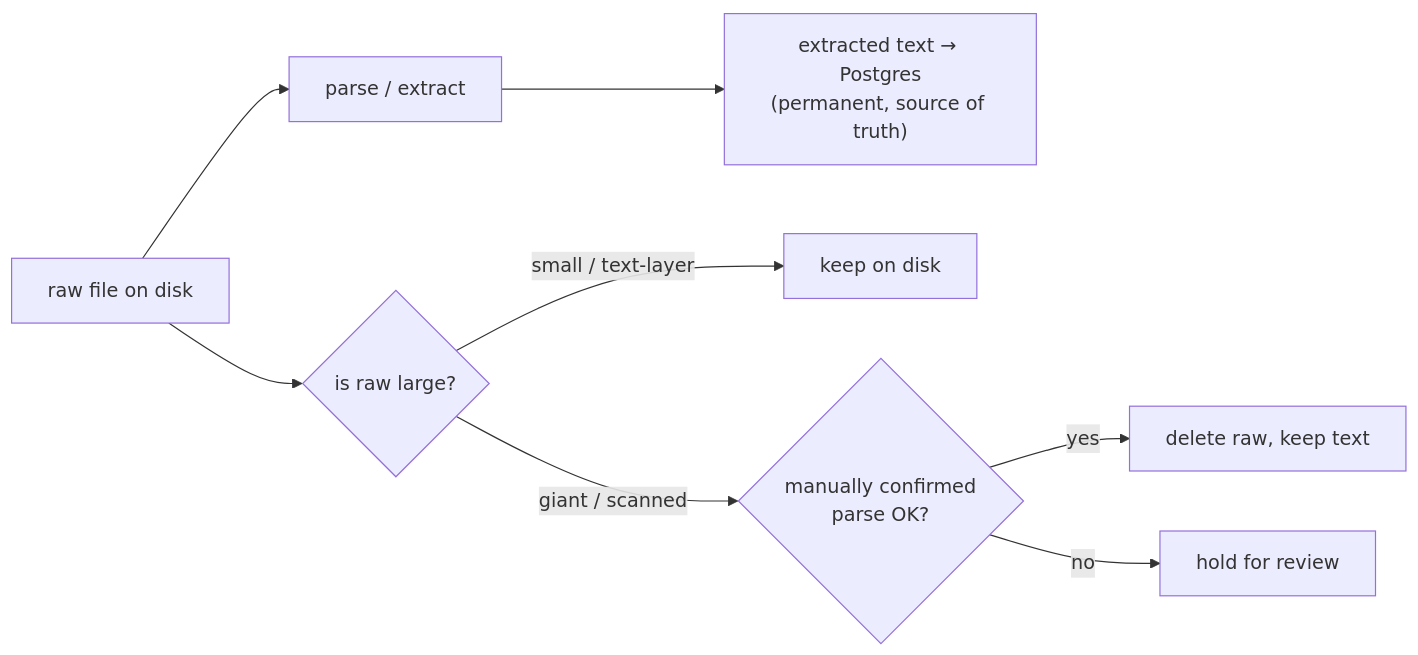
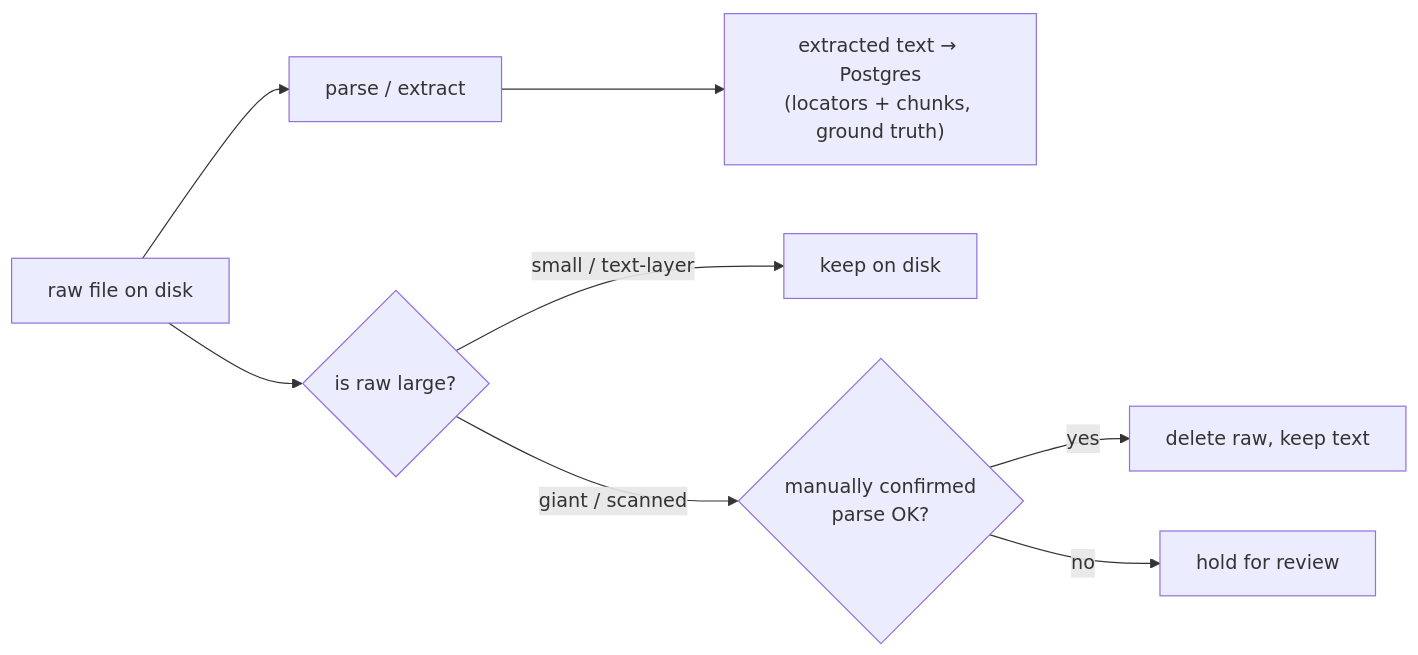
Diagram 16 of 18 in system.md (RileyK05/Stacks), drawn with Mermaid before and after one commit. The commit also changed other lines of this file and 13 other files, not shown here.

Commit message:
schema additions

````diff
--- a/system.md
+++ b/system.md
@@ -429,10 +612,10 @@
 ```mermaid
 flowchart LR
     RAW["raw file on disk"] --> PARSE["parse / extract"]
-    PARSE --> TXT["extracted text → Postgres<br/>(permanent, source of truth)"]
+    PARSE --> TXT["extracted text → Postgres<br/>(locators + chunks, ground truth)"]
     RAW --> SIZE{is raw large?}
     SIZE -->|small / text-layer| KEEP["keep on disk"]
     SIZE -->|giant / scanned| CONFIRM{"manually confirmed<br/>parse OK?"}
     CONFIRM -->|yes| DEL["delete raw, keep text"]
     CONFIRM -->|no| HOLD["hold for review"]
 ```
````
